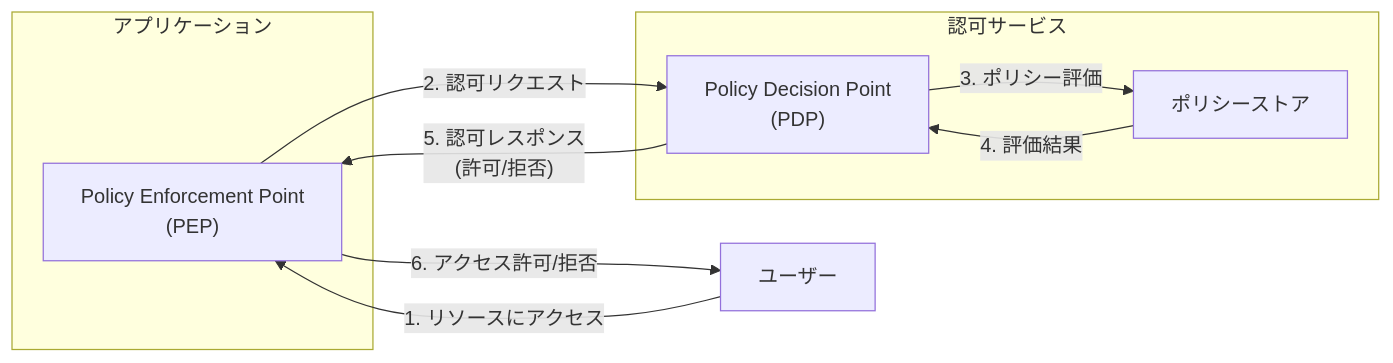
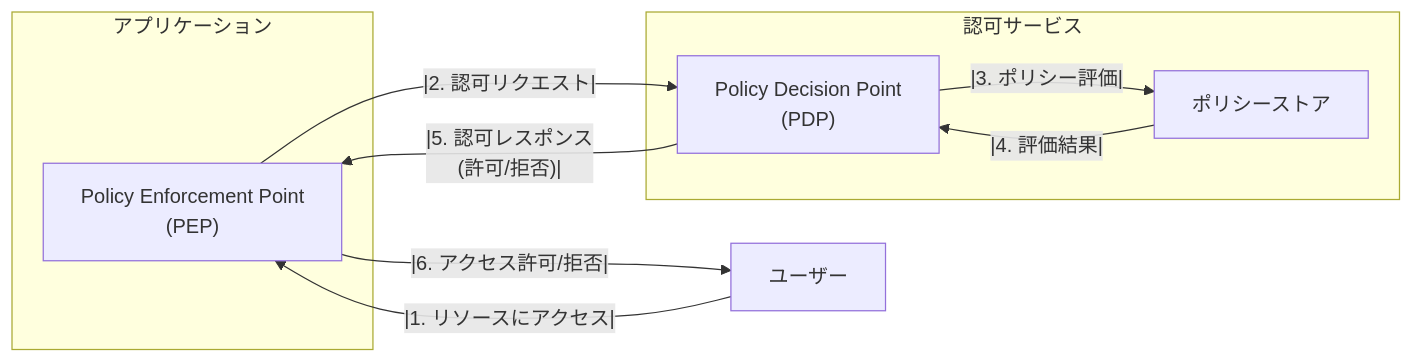
Before and after one commit to kanywst/authzen: the first of 9 diagrams in docs/diagrams/architecture-diagrams.md, drawn with Mermaid. The commit also changed 1 other file, not shown here.

````diff
--- a/docs/diagrams/architecture-diagrams.md
+++ b/docs/diagrams/architecture-diagrams.md
@@ -9,18 +9,18 @@
 ```mermaid
 flowchart LR
     subgraph "アプリケーション"
         PEP["Policy Enforcement Point\n(PEP)"]
     end
     
     subgraph "認可サービス"
         PDP["Policy Decision Point\n(PDP)"]
         PS["ポリシーストア"]
     end
     
-    User["ユーザー"] -->|1. リソースにアクセス| PEP
-    PEP -->|2. 認可リクエスト| PDP
-    PDP -->|3. ポリシー評価| PS
-    PS -->|4. 評価結果| PDP
-    PDP -->|"5. 認可レスポンス\n(許可/拒否)"| PEP
-    PEP -->|6. アクセス許可/拒否| User
+    User["ユーザー"] --|1. リソースにアクセス| -->PEP
+    PEP --|2. 認可リクエスト|--> PDP
+    PDP --|3. ポリシー評価|--> PS
+    PS --|4. 評価結果|--> PDP
+    PDP --|5. 認可レスポンス\n(許可/拒否)|--> PEP
+    PEP --|6. アクセス許可/拒否|--> User
 ```
````
